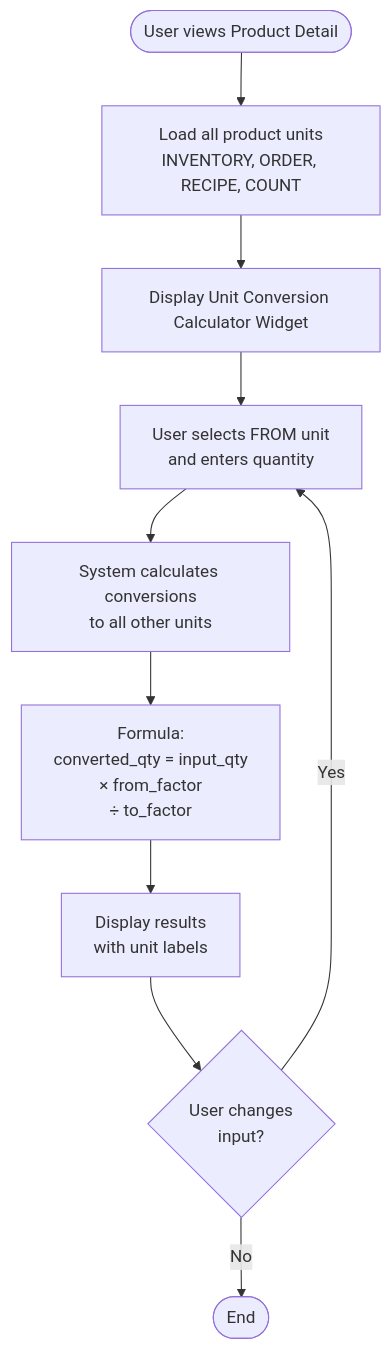
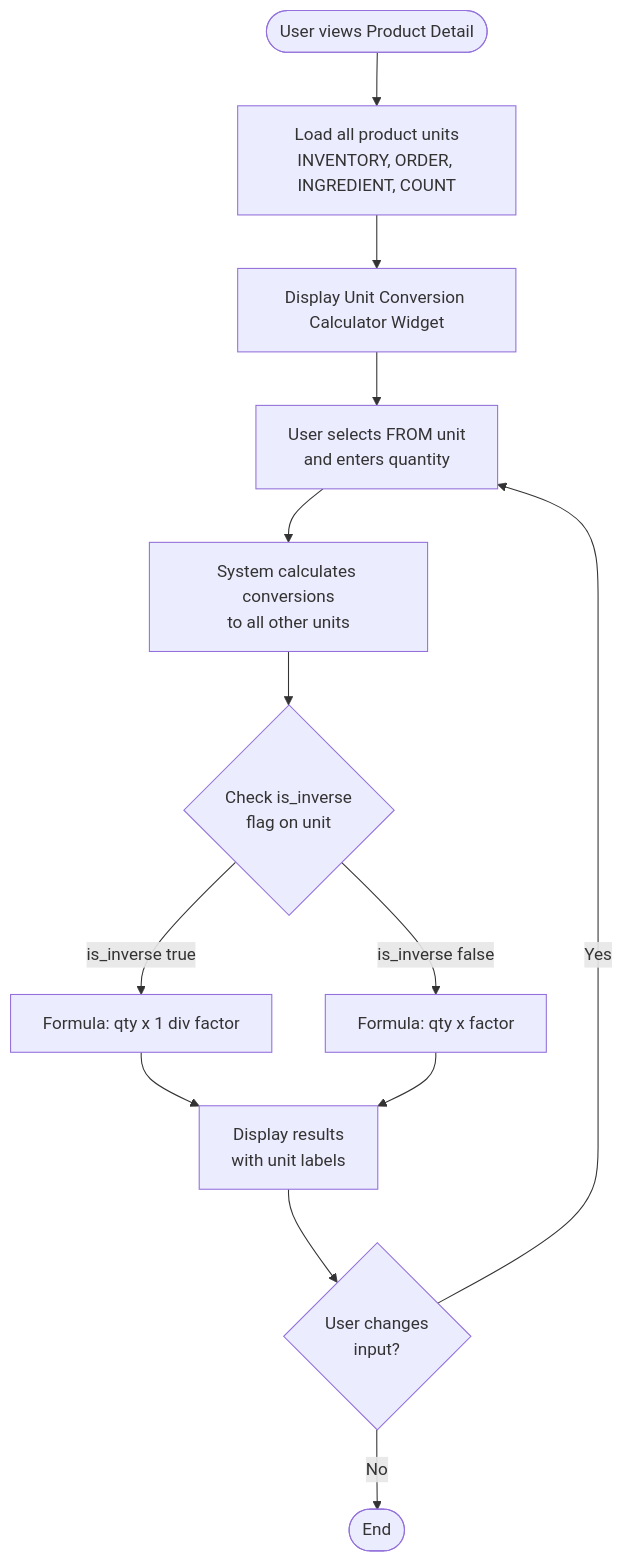
One commit to PeakMNA/carmen changed the fifth of 20 diagrams in docs/app/product-management/products/FD-products.md. Above: the diagram before and after it, drawn with Mermaid. The commit also changed other lines of this file and 473 other files, not shown here.

````diff
--- a/docs/app/product-management/products/FD-products.md
+++ b/docs/app/product-management/products/FD-products.md
@@ -179,13 +180,16 @@
 ```mermaid
 flowchart TD
-    Start([User views Product Detail]) --> LoadUnits[Load all product units<br>INVENTORY, ORDER, RECIPE, COUNT]
+    Start([User views Product Detail]) --> LoadUnits[Load all product units<br>INVENTORY, ORDER, INGREDIENT, COUNT]
     LoadUnits --> DisplayCalc[Display Unit Conversion Calculator Widget]
     DisplayCalc --> UserSelects[User selects FROM unit<br>and enters quantity]
     UserSelects --> AutoConvert[System calculates conversions<br>to all other units]
 
-    AutoConvert --> CalcFormula[Formula:<br>converted_qty = input_qty<br>× from_factor<br>÷ to_factor]
-    CalcFormula --> DisplayResults[Display results<br>with unit labels]
+    AutoConvert --> CheckInverse{Check is_inverse<br>flag on unit}
+    CheckInverse -->|is_inverse true| CalcInverse[Formula: qty x 1 div factor]
+    CheckInverse -->|is_inverse false| CalcDirect[Formula: qty x factor]
+    CalcInverse --> DisplayResults[Display results<br>with unit labels]
+    CalcDirect --> DisplayResults
     DisplayResults --> UserChange{User changes<br>input?}
     UserChange -->|Yes| UserSelects
     UserChange -->|No| End([End])
 ```
````
